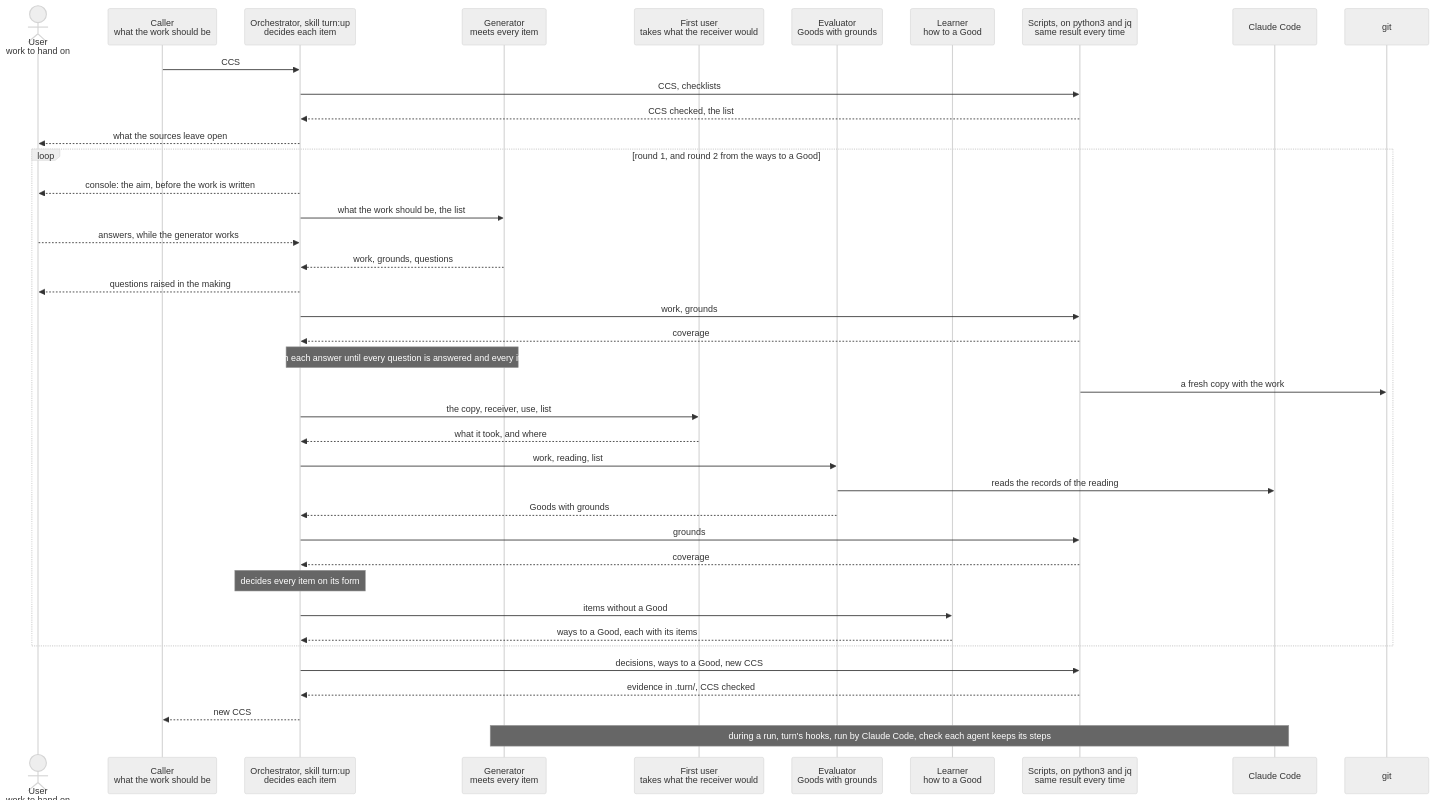
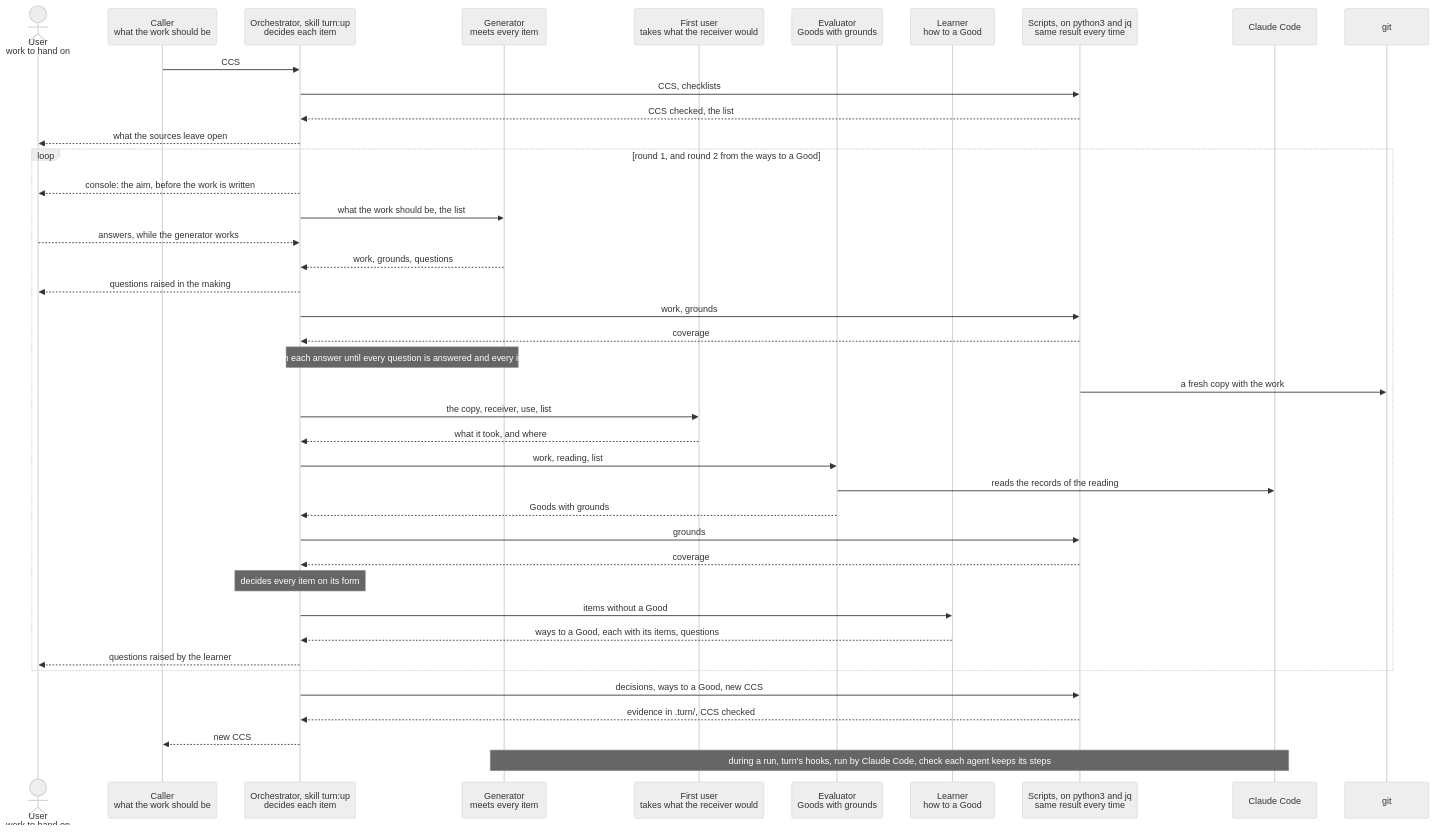
Before and after one commit to lovaizu/ccpm: the diagram in dev/turn/design.md, drawn with Mermaid (neutral theme). The commit also changed other lines of this file and 4 other files, not shown here.

````diff
--- a/dev/turn/design.md
+++ b/dev/turn/design.md
@@ -163,42 +169,43 @@
 ```mermaid
 sequenceDiagram
   actor U as User<br/>work to hand on
   participant C as Caller<br/>what the work should be
   participant O as Orchestrator, skill turn:up<br/>decides each item
   participant G as Generator<br/>meets every item
   participant F as First user<br/>takes what the receiver would
   participant E as Evaluator<br/>Goods with grounds
   participant L as Learner<br/>how to a Good
   participant S as Scripts, on python3 and jq<br/>same result every time
   participant CC as Claude Code
   participant GIT as git
   C->>O: CCS
   O->>S: CCS, checklists
   S-->>O: CCS checked, the list
   O-->>U: what the sources leave open
   loop round 1, and round 2 from the ways to a Good
     O-->>U: console: the aim, before the work is written
     O->>G: what the work should be, the list
     U-->>O: answers, while the generator works
     G-->>O: work, grounds, questions
     O-->>U: questions raised in the making
     O->>S: work, grounds
     S-->>O: coverage
     Note over O,G: sent back with each answer until every question is answered and every item seen met
     S->>GIT: a fresh copy with the work
     O->>F: the copy, receiver, use, list
     F-->>O: what it took, and where
     O->>E: work, reading, list
     E->>CC: reads the records of the reading
     E-->>O: Goods with grounds
     O->>S: grounds
     S-->>O: coverage
     Note over O: decides every item on its form
     O->>L: items without a Good
-    L-->>O: ways to a Good, each with its items
+    L-->>O: ways to a Good, each with its items, questions
+    O-->>U: questions raised by the learner
   end
   O->>S: decisions, ways to a Good, new CCS
   S-->>O: evidence in .turn/, CCS checked
   O-->>C: new CCS
   Note over G,CC: during a run, turn's hooks, run by Claude Code, check each agent keeps its steps
 ```
````
